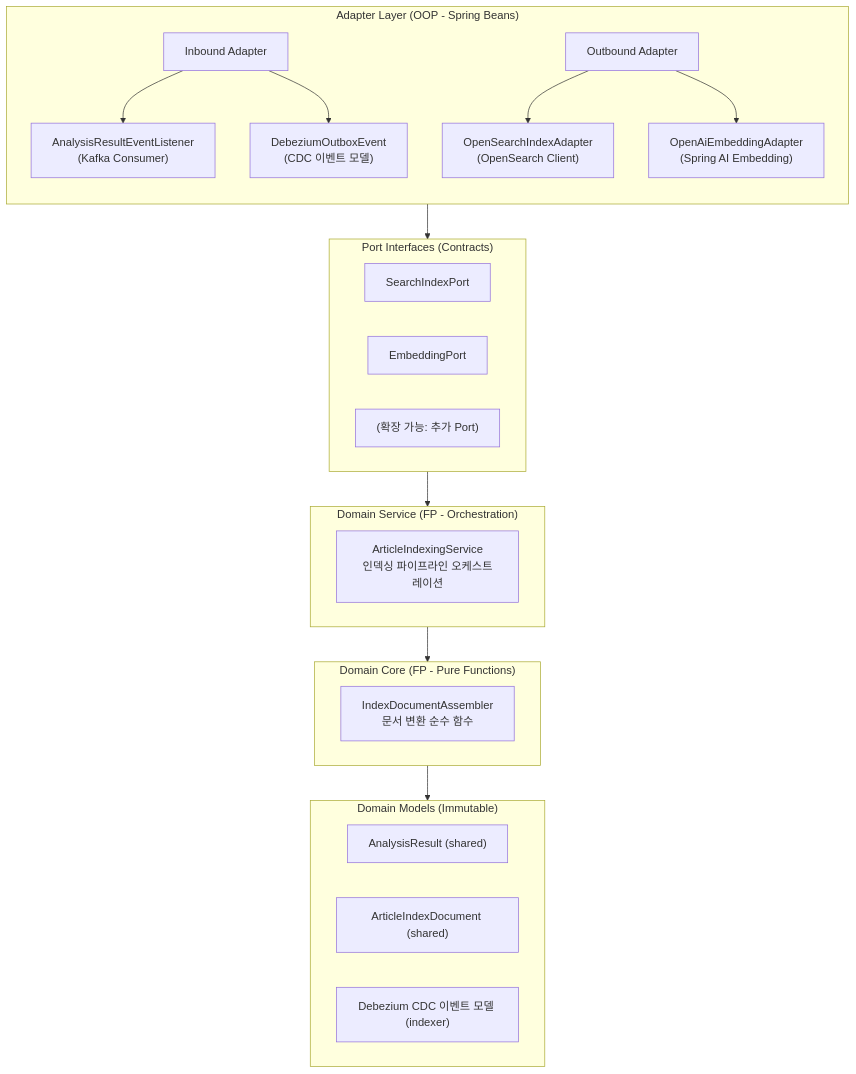
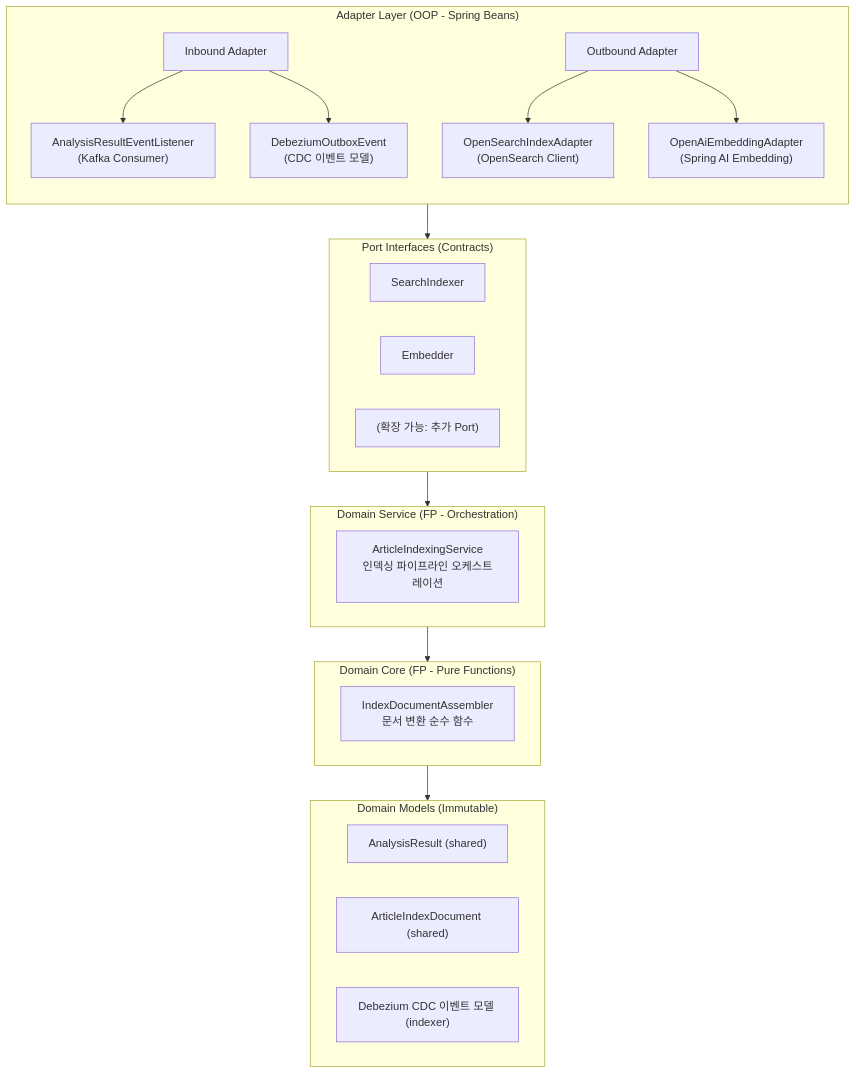
Before and after one commit to vonkernel/local-incident-tracker: the third of 3 diagrams in indexer/ARCHITECTURE.md, drawn with Mermaid. The commit also changed other lines of this file, not shown here.

First line of the commit message:
Update indexer ARCHITECTURE.md to align with hexagonal architecture conventions

````diff
--- a/indexer/ARCHITECTURE.md
+++ b/indexer/ARCHITECTURE.md
@@ -102,37 +102,37 @@
 ```mermaid
 graph TB
     subgraph Adapter_Layer ["Adapter Layer (OOP - Spring Beans)"]
         direction TB
         IN["Inbound Adapter"]
         OUT["Outbound Adapter"]
         IN --> IN1["AnalysisResultEventListener<br/>(Kafka Consumer)"]
         IN --> IN2["DebeziumOutboxEvent<br/>(CDC 이벤트 모델)"]
         OUT --> OUT1["OpenSearchIndexAdapter<br/>(OpenSearch Client)"]
         OUT --> OUT2["OpenAiEmbeddingAdapter<br/>(Spring AI Embedding)"]
     end
 
     subgraph Port ["Port Interfaces (Contracts)"]
-        P1["SearchIndexPort"]
-        P2["EmbeddingPort"]
+        P1["SearchIndexer"]
+        P2["Embedder"]
         P3["(확장 가능: 추가 Port)"]
     end
 
     subgraph Service ["Domain Service (FP - Orchestration)"]
         S1["ArticleIndexingService<br/>인덱싱 파이프라인 오케스트레이션"]
     end
 
     subgraph Core ["Domain Core (FP - Pure Functions)"]
         C1["IndexDocumentAssembler<br/>문서 변환 순수 함수"]
     end
 
     subgraph Models ["Domain Models (Immutable)"]
         M1["AnalysisResult (shared)"]
         M2["ArticleIndexDocument (shared)"]
         M3["Debezium CDC 이벤트 모델 (indexer)"]
     end
 
     Adapter_Layer --> Port
     Port --> Service
     Service --> Core
     Core --> Models
 ```
````
